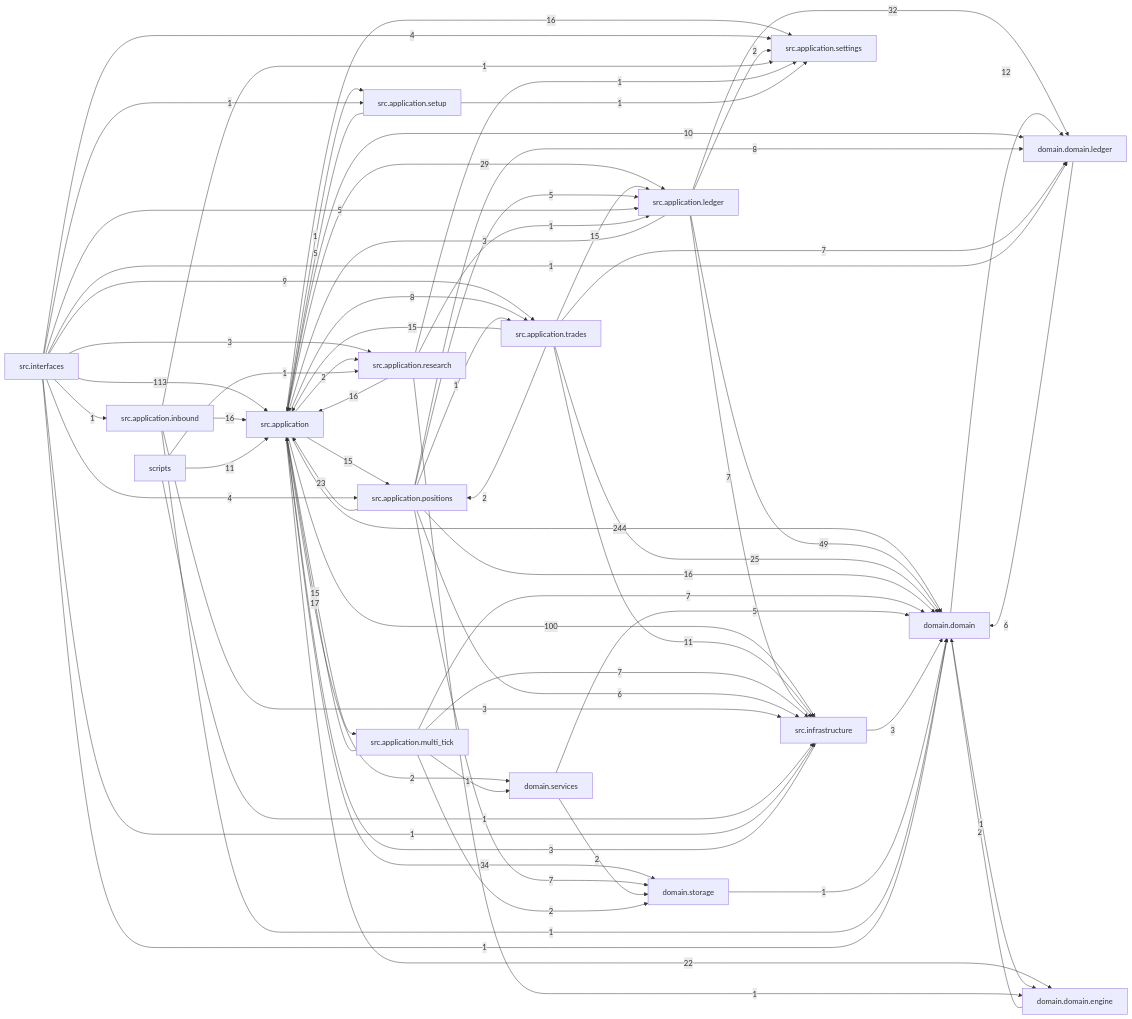
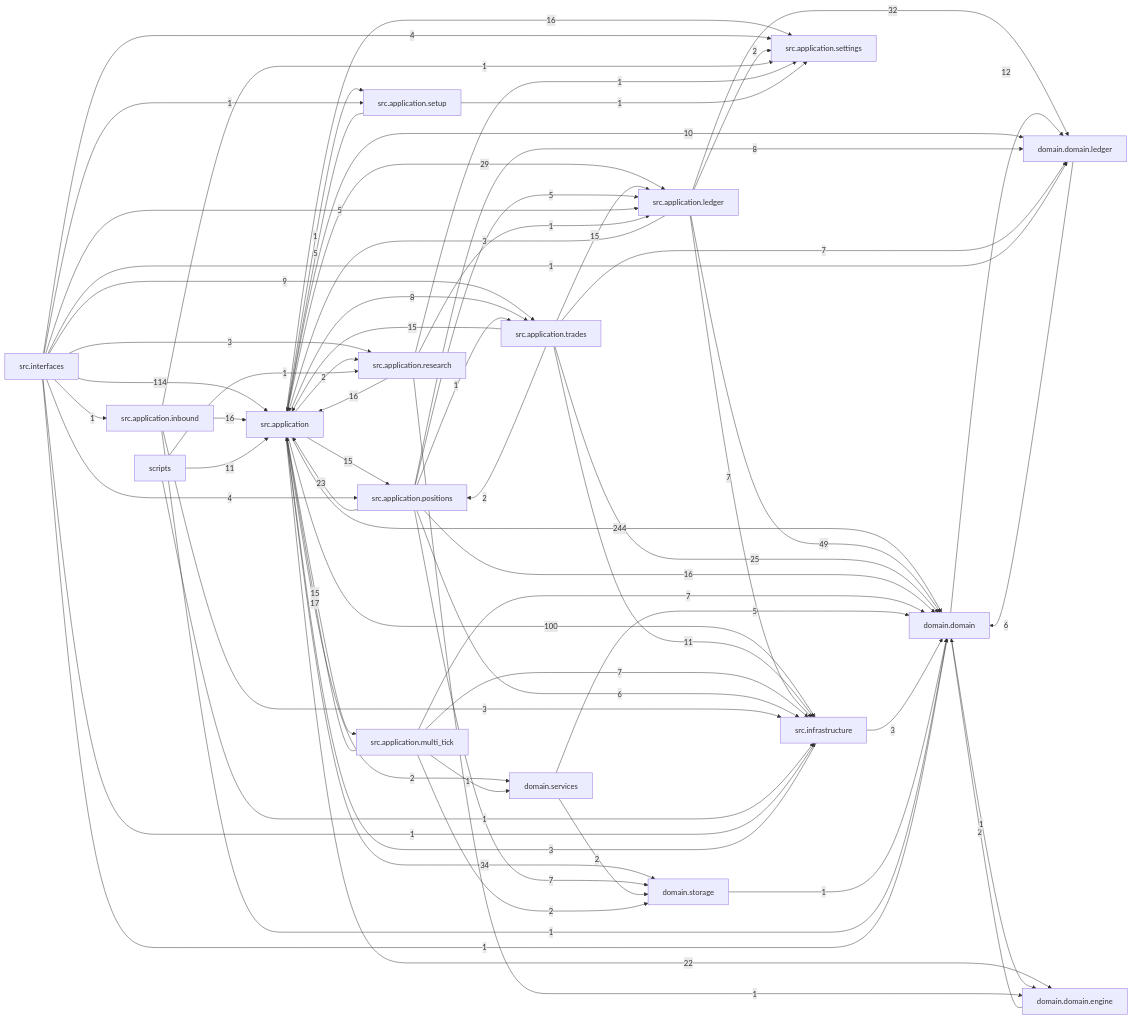
Before and after one commit to liuxie066/options-monitor: the diagram in docs/dependency_graph.mmd, drawn with Mermaid. The commit also changed 14 other files, not shown here.

```diff
--- a/docs/dependency_graph.mmd
+++ b/docs/dependency_graph.mmd
@@ -1,70 +1,70 @@
 flowchart LR
   src_application["src.application"] -->|244| domain_domain["domain.domain"]
-  src_interfaces["src.interfaces"] -->|113| src_application["src.application"]
+  src_interfaces["src.interfaces"] -->|114| src_application["src.application"]
   src_application["src.application"] -->|100| src_infrastructure["src.infrastructure"]
   src_application_ledger["src.application.ledger"] -->|49| domain_domain["domain.domain"]
   src_application["src.application"] -->|34| domain_storage["domain.storage"]
   src_application_ledger["src.application.ledger"] -->|32| domain_domain_ledger["domain.domain.ledger"]
   src_application["src.application"] -->|29| src_application_ledger["src.application.ledger"]
   src_application_trades["src.application.trades"] -->|25| domain_domain["domain.domain"]
   src_application_positions["src.application.positions"] -->|23| src_application["src.application"]
   src_application["src.application"] -->|22| domain_domain_engine["domain.domain.engine"]
   src_application_multi_tick["src.application.multi_tick"] -->|17| src_application["src.application"]
   src_application["src.application"] -->|16| src_application_settings["src.application.settings"]
   src_application_inbound["src.application.inbound"] -->|16| src_application["src.application"]
   src_application_positions["src.application.positions"] -->|16| domain_domain["domain.domain"]
   src_application_research["src.application.research"] -->|16| src_application["src.application"]
   src_application["src.application"] -->|15| src_application_multi_tick["src.application.multi_tick"]
   src_application["src.application"] -->|15| src_application_positions["src.application.positions"]
   src_application_trades["src.application.trades"] -->|15| src_application["src.application"]
   src_application_trades["src.application.trades"] -->|15| src_application_ledger["src.application.ledger"]
   domain_domain["domain.domain"] -->|12| domain_domain_ledger["domain.domain.ledger"]
   scripts["scripts"] -->|11| src_application["src.application"]
   src_application_trades["src.application.trades"] -->|11| src_infrastructure["src.infrastructure"]
   src_application["src.application"] -->|10| domain_domain_ledger["domain.domain.ledger"]
   src_interfaces["src.interfaces"] -->|9| src_application_trades["src.application.trades"]
   src_application["src.application"] -->|8| src_application_trades["src.application.trades"]
   src_application_positions["src.application.positions"] -->|8| domain_domain_ledger["domain.domain.ledger"]
   src_application_ledger["src.application.ledger"] -->|7| src_infrastructure["src.infrastructure"]
   src_application_multi_tick["src.application.multi_tick"] -->|7| domain_domain["domain.domain"]
   src_application_multi_tick["src.application.multi_tick"] -->|7| src_infrastructure["src.infrastructure"]
   src_application_positions["src.application.positions"] -->|7| domain_storage["domain.storage"]
   src_application_trades["src.application.trades"] -->|7| domain_domain_ledger["domain.domain.ledger"]
   domain_domain_ledger["domain.domain.ledger"] -->|6| domain_domain["domain.domain"]
   src_application_positions["src.application.positions"] -->|6| src_infrastructure["src.infrastructure"]
   domain_services["domain.services"] -->|5| domain_domain["domain.domain"]
   src_application_positions["src.application.positions"] -->|5| src_application_ledger["src.application.ledger"]
   src_application_setup["src.application.setup"] -->|5| src_application["src.application"]
   src_interfaces["src.interfaces"] -->|5| src_application_ledger["src.application.ledger"]
   src_interfaces["src.interfaces"] -->|4| src_application_positions["src.application.positions"]
   src_interfaces["src.interfaces"] -->|4| src_application_settings["src.application.settings"]
   src_application_inbound["src.application.inbound"] -->|3| src_infrastructure["src.infrastructure"]
   src_application_ledger["src.application.ledger"] -->|3| src_application["src.application"]
   src_infrastructure["src.infrastructure"] -->|3| domain_domain["domain.domain"]
   src_infrastructure["src.infrastructure"] -->|3| src_application["src.application"]
   src_interfaces["src.interfaces"] -->|3| src_application_research["src.application.research"]
   domain_domain_engine["domain.domain.engine"] -->|2| domain_domain["domain.domain"]
   domain_services["domain.services"] -->|2| domain_storage["domain.storage"]
   src_application["src.application"] -->|2| domain_services["domain.services"]
   src_application["src.application"] -->|2| src_application_research["src.application.research"]
   src_application_ledger["src.application.ledger"] -->|2| src_application_settings["src.application.settings"]
   src_application_multi_tick["src.application.multi_tick"] -->|2| domain_storage["domain.storage"]
   src_application_trades["src.application.trades"] -->|2| src_application_positions["src.application.positions"]
   domain_domain["domain.domain"] -->|1| domain_domain_engine["domain.domain.engine"]
   domain_storage["domain.storage"] -->|1| domain_domain["domain.domain"]
   scripts["scripts"] -->|1| src_application_research["src.application.research"]
   scripts["scripts"] -->|1| src_infrastructure["src.infrastructure"]
   src_application["src.application"] -->|1| src_application_setup["src.application.setup"]
   src_application_inbound["src.application.inbound"] -->|1| domain_domain["domain.domain"]
   src_application_inbound["src.application.inbound"] -->|1| src_application_settings["src.application.settings"]
   src_application_multi_tick["src.application.multi_tick"] -->|1| domain_services["domain.services"]
   src_application_positions["src.application.positions"] -->|1| src_application_trades["src.application.trades"]
   src_application_research["src.application.research"] -->|1| domain_domain_engine["domain.domain.engine"]
   src_application_research["src.application.research"] -->|1| src_application_ledger["src.application.ledger"]
   src_application_research["src.application.research"] -->|1| src_application_settings["src.application.settings"]
   src_application_setup["src.application.setup"] -->|1| src_application_settings["src.application.settings"]
   src_interfaces["src.interfaces"] -->|1| domain_domain["domain.domain"]
   src_interfaces["src.interfaces"] -->|1| domain_domain_ledger["domain.domain.ledger"]
   src_interfaces["src.interfaces"] -->|1| src_application_inbound["src.application.inbound"]
   src_interfaces["src.interfaces"] -->|1| src_application_setup["src.application.setup"]
   src_interfaces["src.interfaces"] -->|1| src_infrastructure["src.infrastructure"]
```
